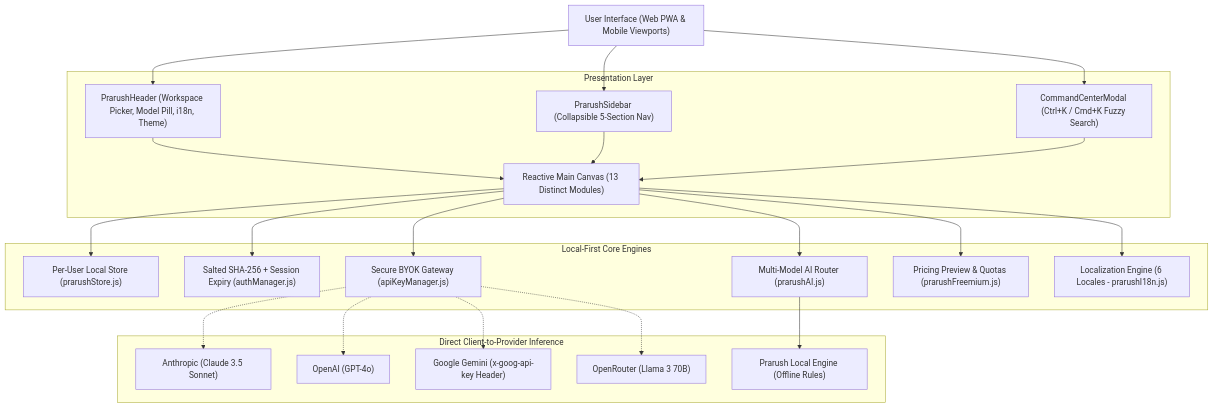
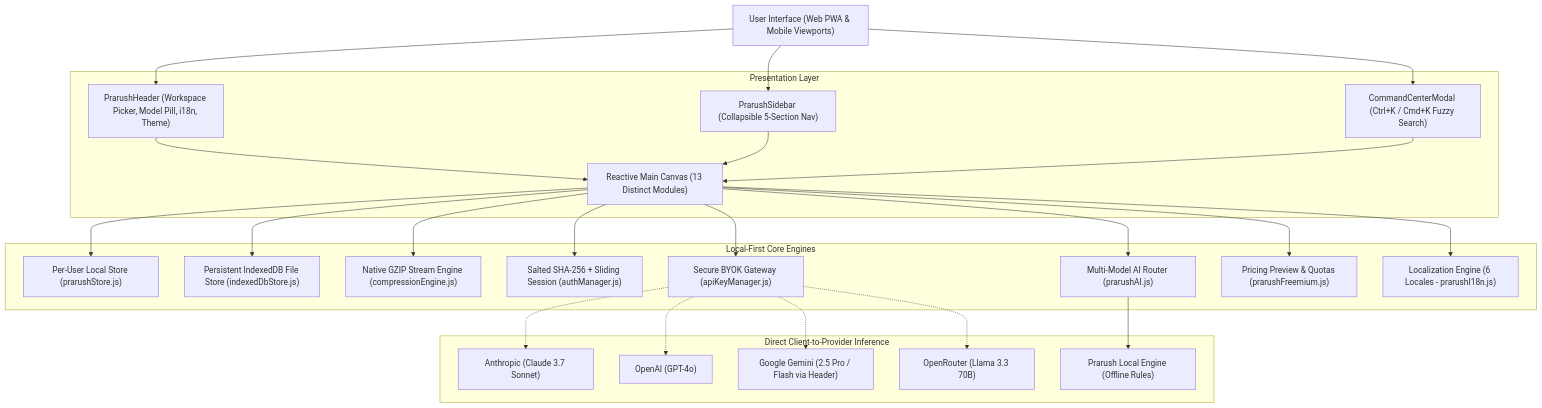
One commit to Pratham4908/Prarush changed the diagram in README.md. Above: the diagram before and after it, drawn with Mermaid. The commit also changed other lines of this file and 17 other files, not shown here.

Commit message:
fix(audit): update active AI models, eliminate profile leakage, add IndexedDB and real compression

````diff
--- a/README.md
+++ b/README.md
@@ -63,48 +65,52 @@
 ```mermaid
 graph TD
     User["User Interface (Web PWA & Mobile Viewports)"]
 
     subgraph Presentation ["Presentation Layer"]
         Header["PrarushHeader (Workspace Picker, Model Pill, i18n, Theme)"]
         Sidebar["PrarushSidebar (Collapsible 5-Section Nav)"]
         CommandPalette["CommandCenterModal (Ctrl+K / Cmd+K Fuzzy Search)"]
         Canvas["Reactive Main Canvas (13 Distinct Modules)"]
     end
 
     subgraph LocalEngines ["Local-First Core Engines"]
         Store["Per-User Local Store (prarushStore.js)"]
-        Auth["Salted SHA-256 + Session Expiry (authManager.js)"]
+        IndexedDBStore["Persistent IndexedDB File Store (indexedDbStore.js)"]
+        Compression["Native GZIP Stream Engine (compressionEngine.js)"]
+        Auth["Salted SHA-256 + Sliding Session (authManager.js)"]
         BYOK["Secure BYOK Gateway (apiKeyManager.js)"]
         AIHub["Multi-Model AI Router (prarushAI.js)"]
         Freemium["Pricing Preview & Quotas (prarushFreemium.js)"]
         i18n["Localization Engine (6 Locales - prarushI18n.js)"]
     end
 
     subgraph Providers ["Direct Client-to-Provider Inference"]
-        Anthropic["Anthropic (Claude 3.5 Sonnet)"]
+        Anthropic["Anthropic (Claude 3.7 Sonnet)"]
         OpenAI["OpenAI (GPT-4o)"]
-        Gemini["Google Gemini (x-goog-api-key Header)"]
-        OpenRouter["OpenRouter (Llama 3 70B)"]
+        Gemini["Google Gemini (2.5 Pro / Flash via Header)"]
+        OpenRouter["OpenRouter (Llama 3.3 70B)"]
         LocalEngine["Prarush Local Engine (Offline Rules)"]
     end
 
     User --> Header
     User --> Sidebar
     User --> CommandPalette
     Header --> Canvas
     Sidebar --> Canvas
     CommandPalette --> Canvas
 
     Canvas --> Store
+    Canvas --> IndexedDBStore
+    Canvas --> Compression
     Canvas --> Auth
     Canvas --> BYOK
     Canvas --> AIHub
     Canvas --> Freemium
     Canvas --> i18n
 
     BYOK -.-> Anthropic
     BYOK -.-> OpenAI
     BYOK -.-> Gemini
     BYOK -.-> OpenRouter
     AIHub --> LocalEngine
 ```
````
